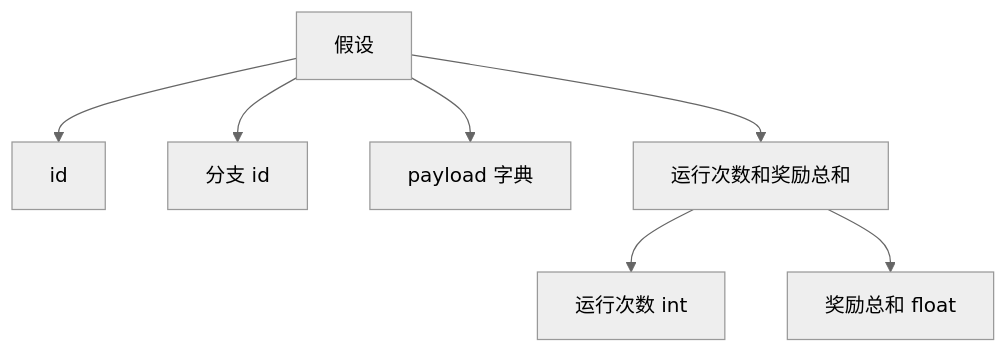
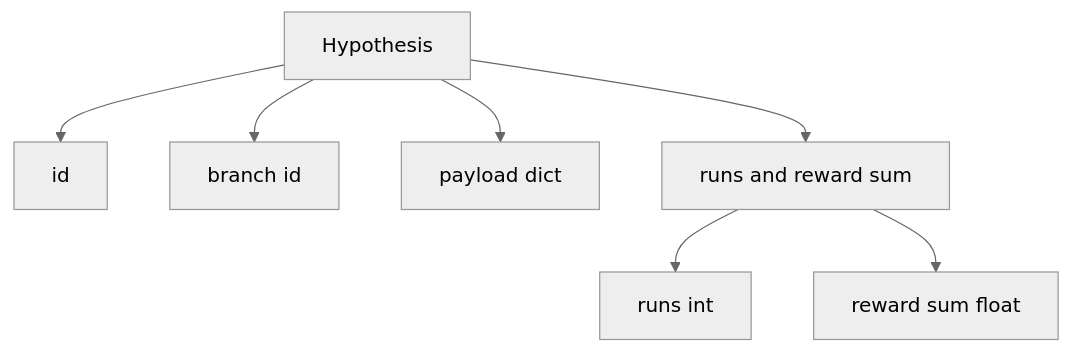
Before and after one commit to xiaojiaenen/ai-engineering-from-scratch-zh: the second of 3 diagrams in i18n/zh/phases/19-capstone-projects/56-iteration-scheduler/docs/zh.md, drawn with Mermaid (neutral theme). The commit also changed other lines of this file and 85 other files, not shown here.

````diff
--- a/i18n/zh/phases/19-capstone-projects/56-iteration-scheduler/docs/zh.md
+++ b/i18n/zh/phases/19-capstone-projects/56-iteration-scheduler/docs/zh.md
@@ -49,9 +48,9 @@
 ```mermaid
 flowchart TB
-    Hyp[假设] --> Id[id]
-    Hyp --> Branch[分支 id]
-    Hyp --> Payload[payload 字典]
-    Hyp --> Stats[运行次数和奖励总和]
-    Stats --> Runs[运行次数 int]
-    Stats --> Sum[奖励总和 float]
+    Hyp[Hypothesis] --> Id[id]
+    Hyp --> Branch[branch id]
+    Hyp --> Payload[payload dict]
+    Hyp --> Stats[runs and reward sum]
+    Stats --> Runs[runs int]
+    Stats --> Sum[reward sum float]
 ```
````
